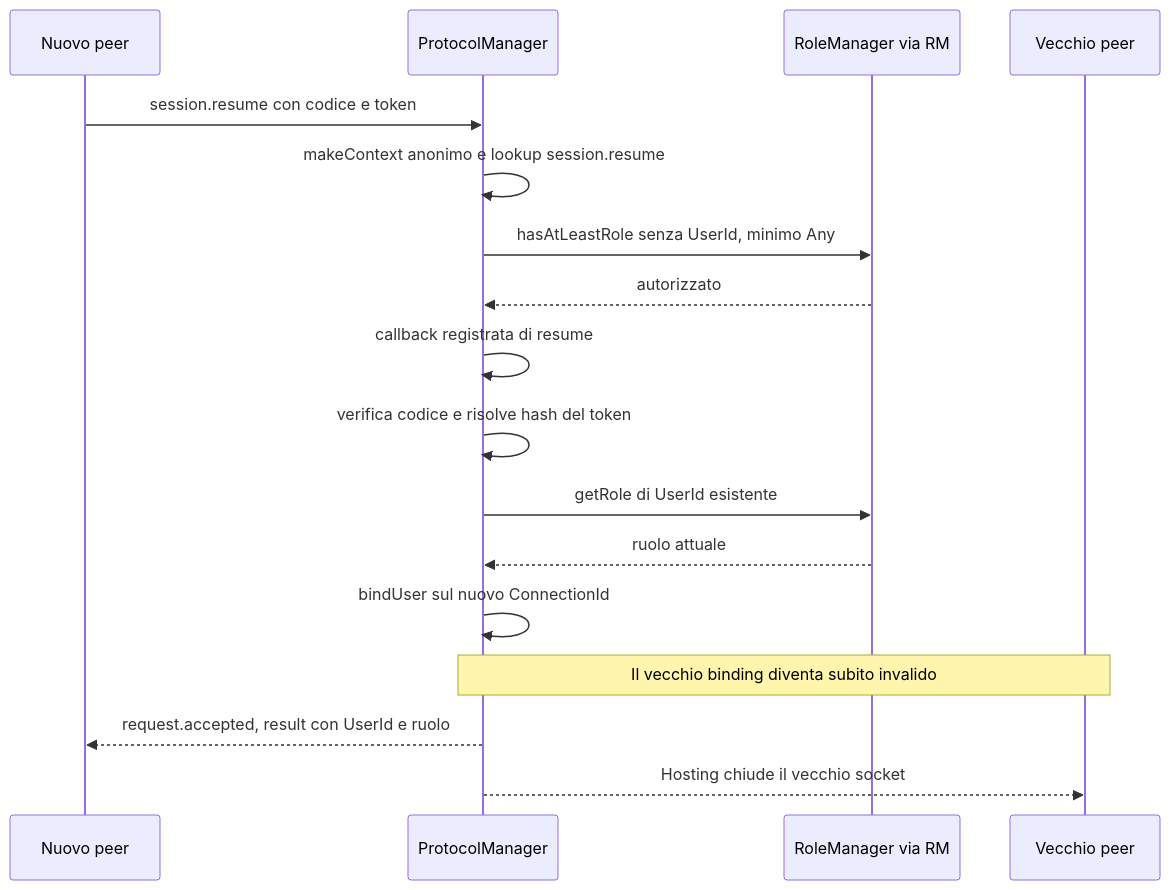
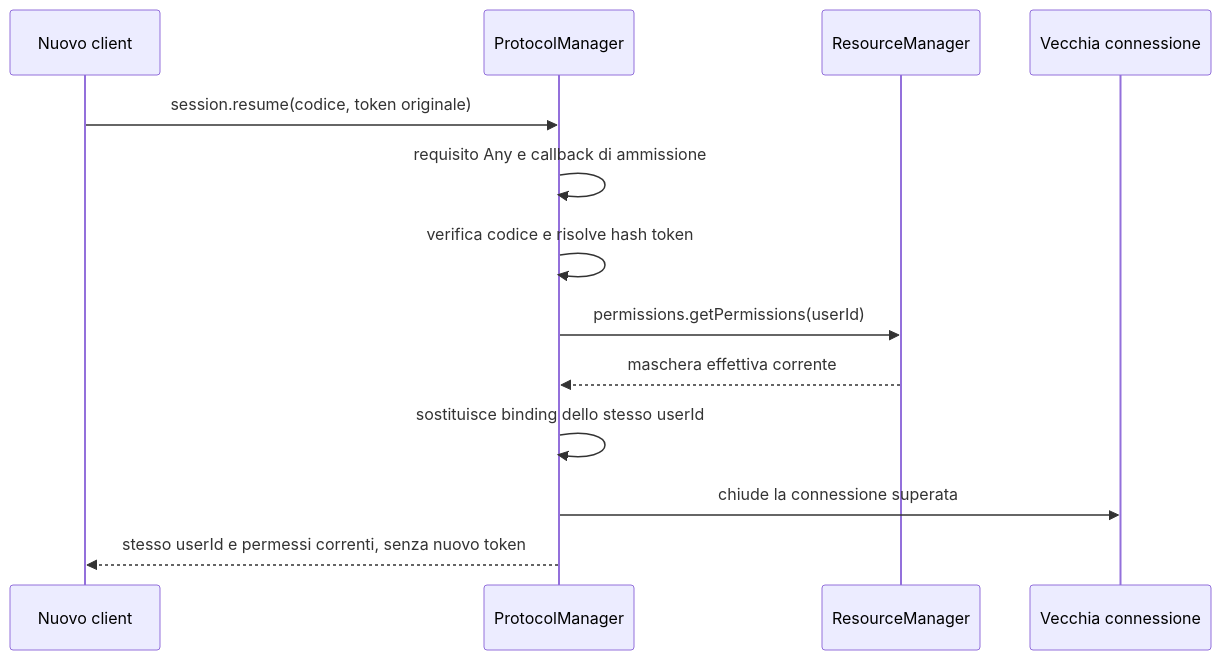
Before and after one commit to ForzaElettromotrice/GolarionHelper: the fifth of 8 diagrams in .context/session-flows.md, drawn with Mermaid. The commit also changed other lines of this file and 59 other files, not shown here.

Commit message:
feat(play): replace role authorization with permissions and live updates

````diff
--- a/.context/session-flows.md
+++ b/.context/session-flows.md
@@ -146,19 +115,15 @@
 ```mermaid
 sequenceDiagram
-    participant N as Nuovo peer
+    participant C as Nuovo client
     participant PM as ProtocolManager
-    participant R as RoleManager via RM
-    participant O as Vecchio peer
-    N->>PM: session.resume con codice e token
-    PM->>PM: makeContext anonimo e lookup session.resume
-    PM->>R: hasAtLeastRole senza UserId, minimo Any
-    R-->>PM: autorizzato
-    PM->>PM: callback registrata di resume
-    PM->>PM: verifica codice e risolve hash del token
-    PM->>R: getRole di UserId esistente
-    R-->>PM: ruolo attuale
-    PM->>PM: bindUser sul nuovo ConnectionId
-    Note over PM,O: Il vecchio binding diventa subito invalido
-    PM-->>N: request.accepted, result con UserId e ruolo
-    PM-->>O: Hosting chiude il vecchio socket
+    participant RM as ResourceManager
+    participant Old as Vecchia connessione
+    C->>PM: session.resume(codice, token originale)
+    PM->>PM: requisito Any e callback di ammissione
+    PM->>PM: verifica codice e risolve hash token
+    PM->>RM: permissions.getPermissions(userId)
+    RM-->>PM: maschera effettiva corrente
+    PM->>PM: sostituisce binding dello stesso userId
+    PM->>Old: chiude la connessione superata
+    PM-->>C: stesso userId e permessi correnti, senza nuovo token
 ```
````
